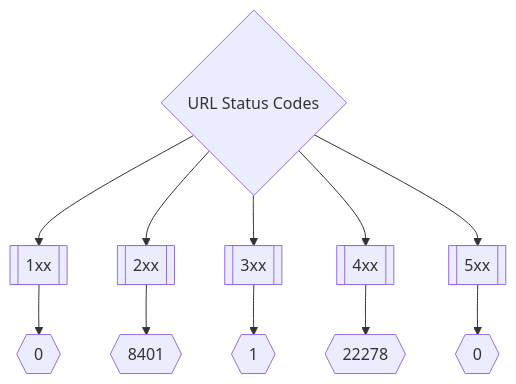
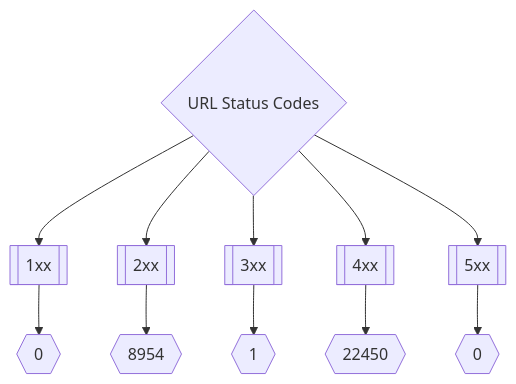
The second of 3 diagrams in README.md (trickest/inventory), drawn with Mermaid before and after one commit. The commit also changed other lines of this file, not shown here.

````diff
--- a/README.md
+++ b/README.md
@@ -173,8 +173,8 @@
 ```mermaid
 graph TD
 title{URL Status Codes} --> 1xx[[1xx]] --> status1xxNum{{0}}
-title --> 2xx[[2xx]] --> status2xxNum{{8401}}
+title --> 2xx[[2xx]] --> status2xxNum{{8954}}
 title --> 3xx[[3xx]] --> status3xxNum{{1}}
-title --> 4xx[[4xx]] --> status4xxNum{{22278}}
+title --> 4xx[[4xx]] --> status4xxNum{{22450}}
 title --> 5xx[[5xx]] --> status5xxNum{{0}}
 ```
````
